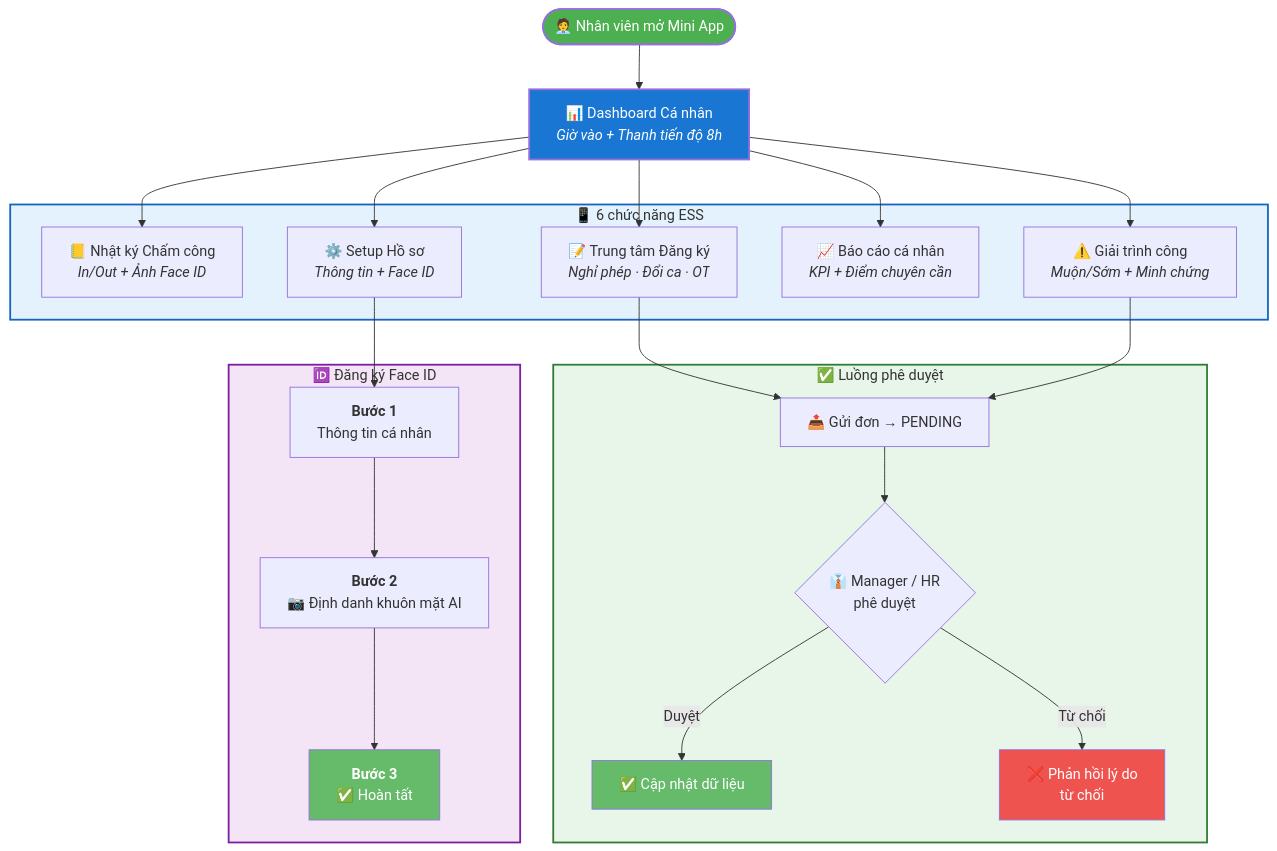
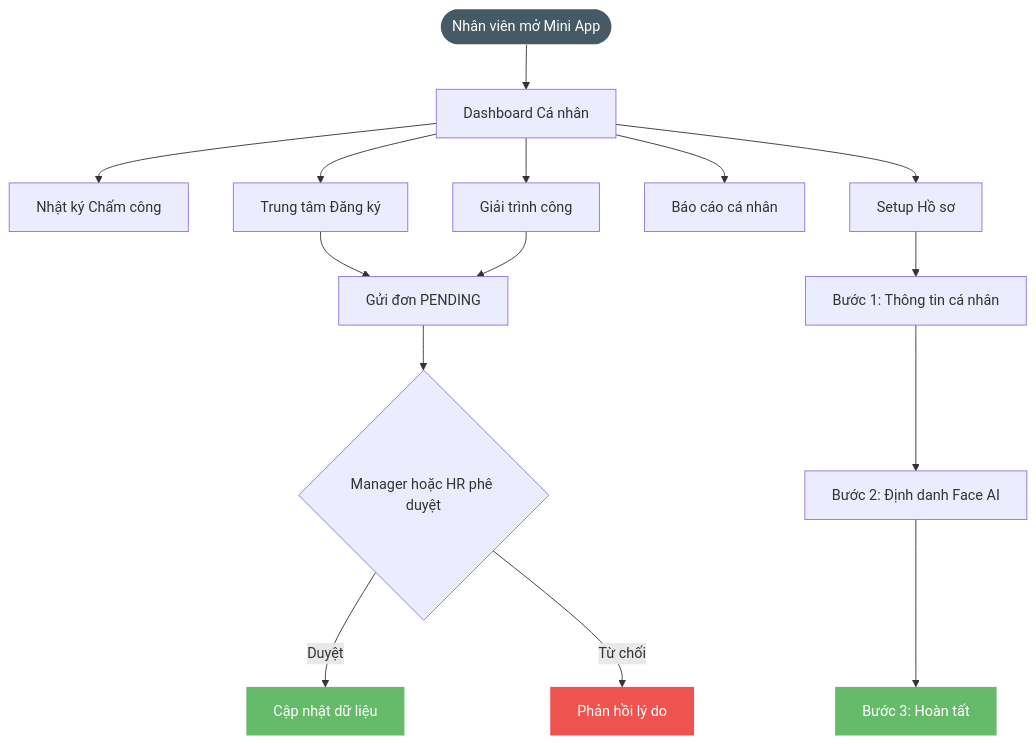
Before and after one commit to olbboy/BA-Kit: the first of 2 diagrams in outputs/mini-app-cham-cong/2.11-Mini-app/Tài-liệu-dự-án-Mini-App/BRD-Nhân-viên.md, drawn with Mermaid. The commit also changed other lines of this file and 5 other files, not shown here.

First line of the commit message:
style: simplify all Mermaid diagrams — clean professional look

````diff
--- a/outputs/mini-app-cham-cong/2.11-Mini-app/Tài-liệu-dự-án-Mini-App/BRD-Nhân-viên.md
+++ b/outputs/mini-app-cham-cong/2.11-Mini-app/Tài-liệu-dự-án-Mini-App/BRD-Nhân-viên.md
@@ -21,47 +21,26 @@
 ```mermaid
 graph TD
-    A(["🧑‍💼 Nhân viên mở Mini App"]) --> B["📊 Dashboard Cá nhân<br/><i>Giờ vào + Thanh tiến độ 8h</i>"]
+    A([Nhân viên mở Mini App]) --> B[Dashboard Cá nhân]
+    B --> C[Nhật ký Chấm công]
+    B --> D[Trung tâm Đăng ký]
+    B --> E[Giải trình công]
+    B --> F[Báo cáo cá nhân]
+    B --> G[Setup Hồ sơ]
 
-    subgraph features [" 📱 6 chức năng ESS "]
-        C["📒 Nhật ký Chấm công<br/><i>In/Out + Ảnh Face ID</i>"]
-        D["📝 Trung tâm Đăng ký<br/><i>Nghỉ phép · Đổi ca · OT</i>"]
-        E["⚠️ Giải trình công<br/><i>Muộn/Sớm + Minh chứng</i>"]
-        F["📈 Báo cáo cá nhân<br/><i>KPI + Điểm chuyên cần</i>"]
-        G["⚙️ Setup Hồ sơ<br/><i>Thông tin + Face ID</i>"]
-    end
+    D & E --> H[Gửi đơn PENDING]
+    H --> I{Manager hoặc HR phê duyệt}
+    I -->|Duyệt| J[Cập nhật dữ liệu]
+    I -->|Từ chối| K[Phản hồi lý do]
 
-    B --> C & D & E & F & G
+    G --> G1[Bước 1: Thông tin cá nhân]
+    G1 --> G2[Bước 2: Định danh Face AI]
+    G2 --> G3[Bước 3: Hoàn tất]
 
-    subgraph approval [" ✅ Luồng phê duyệt "]
-        H["📤 Gửi đơn → PENDING"]
-        I{"👔 Manager / HR<br/>phê duyệt"}
-        J["✅ Cập nhật dữ liệu"]
-        K["❌ Phản hồi lý do<br/>từ chối"]
-    end
+    classDef actor fill:#455A64,color:#fff,stroke-width:0
+    classDef ok fill:#66BB6A,color:#fff,stroke-width:0
+    classDef fail fill:#EF5350,color:#fff,stroke-width:0
 
-    D & E --> H --> I
-    I -->|"Duyệt"| J
-    I -->|"Từ chối"| K
-
-    subgraph setup [" 🆔 Đăng ký Face ID "]
-        G1["<b>Bước 1</b><br/>Thông tin cá nhân"]
-        G2["<b>Bước 2</b><br/>📷 Định danh khuôn mặt AI"]
-        G3["<b>Bước 3</b><br/>✅ Hoàn tất"]
-    end
-
-    G --> G1 --> G2 --> G3
-
-    style features fill:#E3F2FD,stroke:#1565C0,stroke-width:2px
-    style approval fill:#E8F5E9,stroke:#2E7D32,stroke-width:2px
-    style setup fill:#F3E5F5,stroke:#7B1FA2,stroke-width:2px
-
-    classDef start fill:#4CAF50,color:#fff,stroke-width:2px
-    classDef dash fill:#1976D2,color:#fff,stroke-width:2px
-    classDef ok fill:#66BB6A,color:#fff
-    classDef fail fill:#EF5350,color:#fff
-
-    class A start
-    class B dash
+    class A actor
     class J,G3 ok
     class K fail
 ```
````
